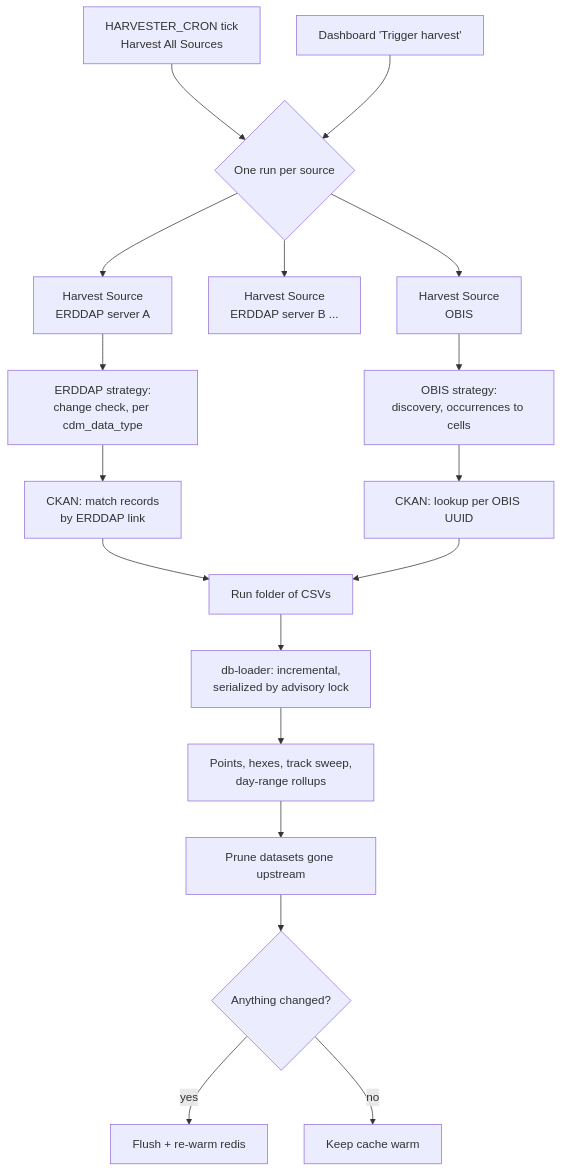
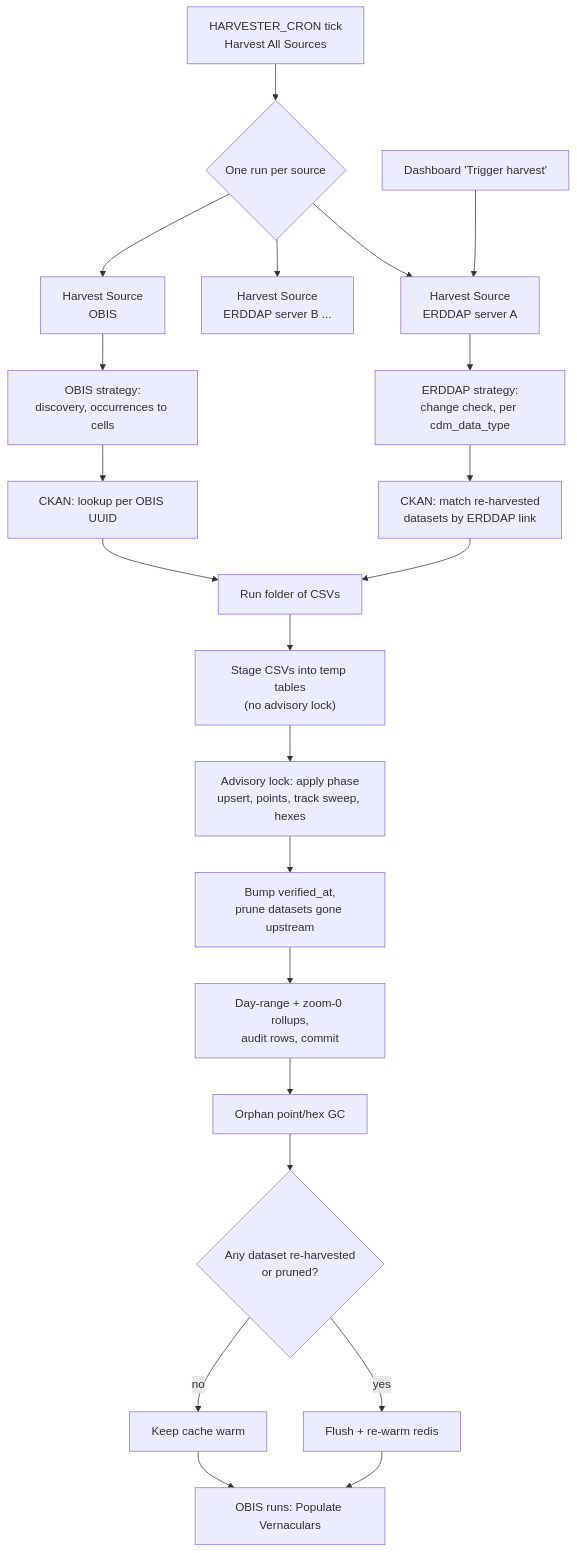
The diagram in docs/harvesting/workflow.md (cioos-siooc/explore-cioos), drawn with Mermaid before and after one commit. The commit also changed other lines of this file and 2 other files, not shown here.

First line of the commit message:
docs(harvest): align the workflow, ERDDAP and OBIS docs with the code

````diff
--- a/docs/harvesting/workflow.md
+++ b/docs/harvesting/workflow.md
@@ -26,23 +26,27 @@
 ```mermaid
 flowchart TD
     cron["HARVESTER_CRON tick<br/>Harvest All Sources"] --> fan{"One run per source"}
-    dash["Dashboard 'Trigger harvest'"] --> fan
     fan --> e1["Harvest Source<br/>ERDDAP server A"]
     fan --> e2["Harvest Source<br/>ERDDAP server B ..."]
     fan --> o["Harvest Source<br/>OBIS"]
+    dash["Dashboard 'Trigger harvest'"] --> e1
 
     e1 --> ehv["ERDDAP strategy:<br/>change check, per cdm_data_type"]
-    ehv --> ckan["CKAN: match records<br/>by ERDDAP link"]
+    ehv --> ckan["CKAN: match re-harvested<br/>datasets by ERDDAP link"]
     ckan --> csv["Run folder of CSVs"]
 
     o --> ohv["OBIS strategy:<br/>discovery, occurrences to cells"]
     ohv --> ockan["CKAN: lookup per OBIS UUID"]
     ockan --> csv
 
-    csv --> load["db-loader: incremental,<br/>serialized by advisory lock"]
-    load --> post["Points, hexes, track sweep,<br/>day-range rollups"]
-    post --> prune["Prune datasets gone upstream"]
-    prune --> redis{"Anything changed?"}
+    csv --> stage["Stage CSVs into temp tables<br/>(no advisory lock)"]
+    stage --> apply["Advisory lock: apply phase<br/>upsert, points, track sweep, hexes"]
+    apply --> prune["Bump verified_at,<br/>prune datasets gone upstream"]
+    prune --> rollup["Day-range + zoom-0 rollups,<br/>audit rows, commit"]
+    rollup --> gc["Orphan point/hex GC"]
+    gc --> redis{"Any dataset re-harvested<br/>or pruned?"}
     redis -- yes --> flush["Flush + re-warm redis"]
     redis -- no --> keep["Keep cache warm"]
+    flush --> vern["OBIS runs: Populate Vernaculars"]
+    keep --> vern
 ```
````
